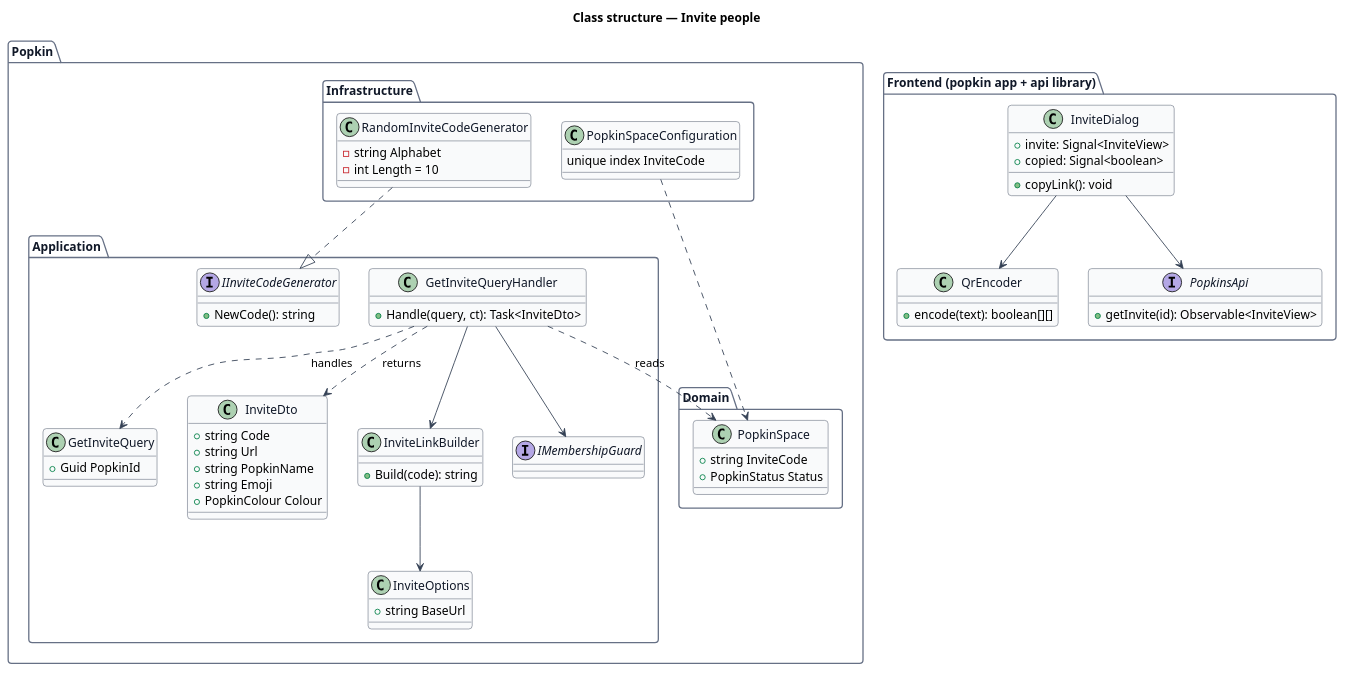
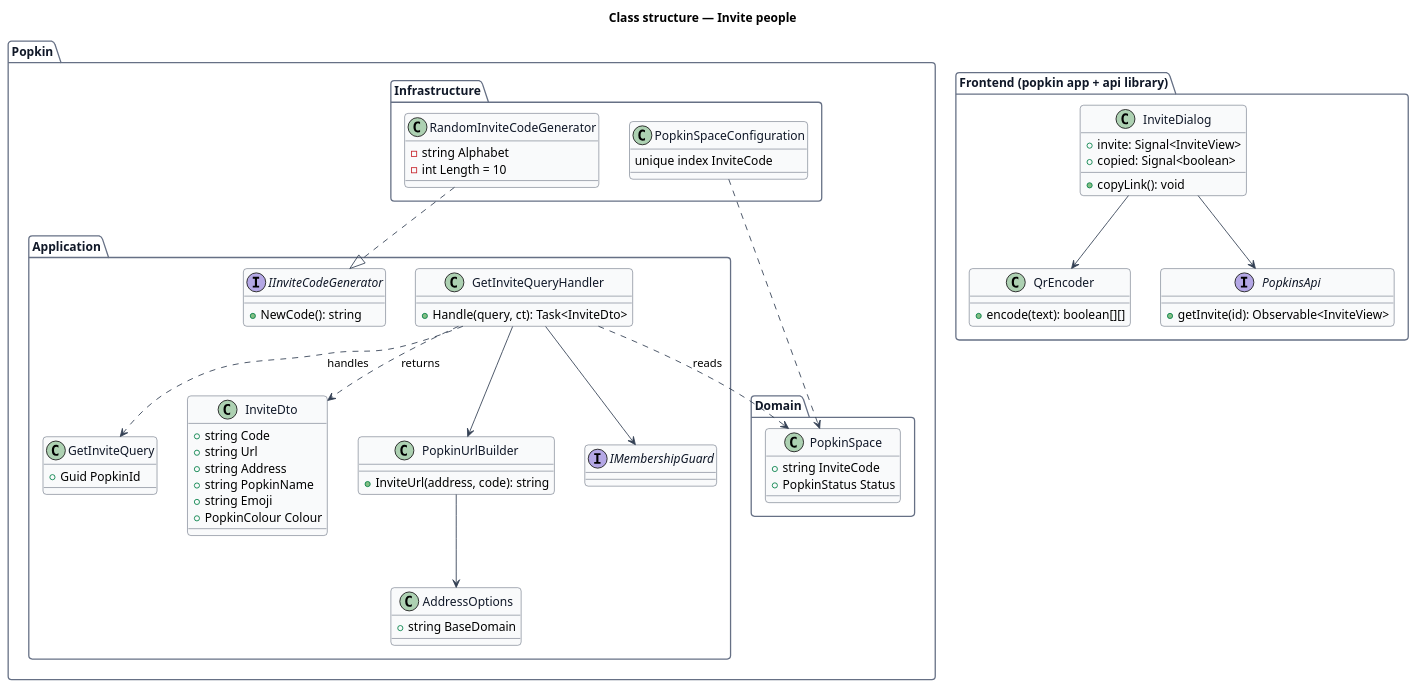
One commit to QuinntyneBrown/popkin changed the diagram in docs/detailed-designs/invitations/invite-people/diagrams/class-structure.puml. Above: the diagram before and after it, drawn with PlantUML. The commit also changed 71 other files, not shown here.

First line of the commit message:
Design a Popkin's own address

```diff
--- a/docs/detailed-designs/invitations/invite-people/diagrams/class-structure.puml
+++ b/docs/detailed-designs/invitations/invite-people/diagrams/class-structure.puml
@@ -1,84 +1,85 @@
 @startuml
 ' --- shared skin header ---
 skinparam backgroundColor #FFFFFF
 skinparam shadowing false
 skinparam roundcorner 8
 skinparam defaultFontName Arial
 skinparam ArrowColor #344054
 skinparam class {
   BorderColor #344054
   FontColor #101828
   BackgroundColor #F9FAFB
 }
 skinparam package {
   BorderColor #667085
   FontColor #101828
   BackgroundColor #FFFFFF
 }
 ' --------------------------
 title Class structure — Invite people
 
 package "Popkin.Application" {
   class GetInviteQuery {
     +Guid PopkinId
   }
   class GetInviteQueryHandler {
     +Handle(query, ct): Task<InviteDto>
   }
   class InviteDto {
     +string Code
     +string Url
+    +string Address
     +string PopkinName
     +string Emoji
     +PopkinColour Colour
   }
-  class InviteLinkBuilder {
-    +Build(code): string
+  class PopkinUrlBuilder {
+    +InviteUrl(address, code): string
   }
-  class InviteOptions {
-    +string BaseUrl
+  class AddressOptions {
+    +string BaseDomain
   }
   interface IMembershipGuard
   interface IInviteCodeGenerator {
     +NewCode(): string
   }
 }
 package "Popkin.Domain" {
   class PopkinSpace {
     +string InviteCode
     +PopkinStatus Status
   }
 }
 package "Popkin.Infrastructure" {
   class RandomInviteCodeGenerator {
     -string Alphabet
     -int Length = 10
   }
   class PopkinSpaceConfiguration {
     unique index InviteCode
   }
 }
 package "Frontend (popkin app + api library)" {
   class InviteDialog {
     +invite: Signal<InviteView>
     +copied: Signal<boolean>
     +copyLink(): void
   }
   class QrEncoder {
     +encode(text): boolean[][]
   }
   interface PopkinsApi {
     +getInvite(id): Observable<InviteView>
   }
 }
 GetInviteQueryHandler ..> GetInviteQuery : handles
 GetInviteQueryHandler --> IMembershipGuard
-GetInviteQueryHandler --> InviteLinkBuilder
+GetInviteQueryHandler --> PopkinUrlBuilder
 GetInviteQueryHandler ..> PopkinSpace : reads
 GetInviteQueryHandler ..> InviteDto : returns
-InviteLinkBuilder --> InviteOptions
+PopkinUrlBuilder --> AddressOptions
 RandomInviteCodeGenerator ..|> IInviteCodeGenerator
 PopkinSpaceConfiguration ..> PopkinSpace
 InviteDialog --> PopkinsApi
 InviteDialog --> QrEncoder
 @enduml
```
